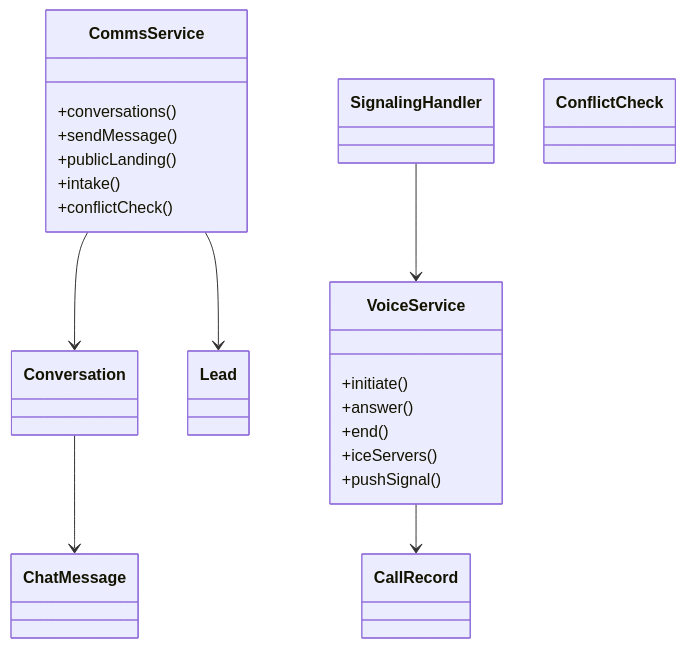
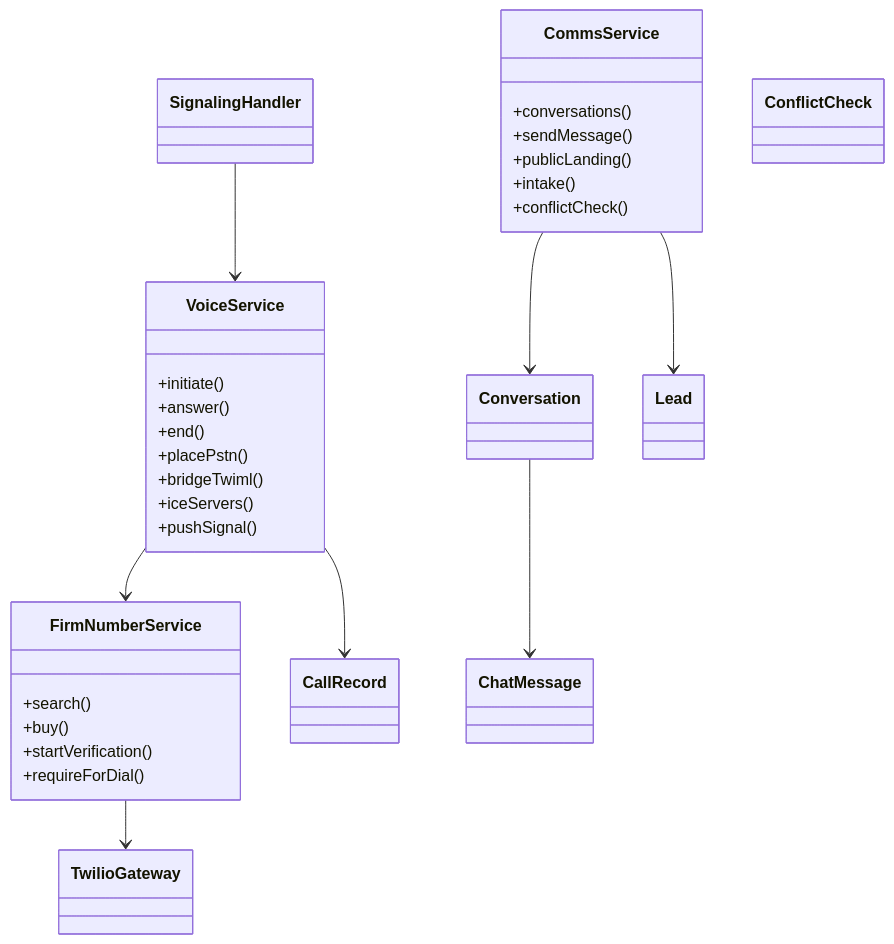
Before and after one commit to Immortal8725/LegalSuite-Pro: the fourth of 6 diagrams in docs/class-diagrams.md, drawn with Mermaid. The commit also changed 40 other files, not shown here.

First line of the commit message:
Add firm caller ID for PSTN callback calls (#4)

````diff
--- a/docs/class-diagrams.md
+++ b/docs/class-diagrams.md
@@ -99,28 +99,39 @@
 ```mermaid
 classDiagram
     class VoiceService {
         +initiate()
         +answer()
         +end()
+        +placePstn()
+        +bridgeTwiml()
         +iceServers()
         +pushSignal()
     }
+    class FirmNumberService {
+        +search()
+        +buy()
+        +startVerification()
+        +requireForDial()
+    }
+    class TwilioGateway
     class CommsService {
         +conversations()
         +sendMessage()
         +publicLanding()
         +intake()
         +conflictCheck()
     }
     class SignalingHandler
     class CallRecord
     class Conversation
     class ChatMessage
     class Lead
     class ConflictCheck
     VoiceService --> CallRecord
+    VoiceService --> FirmNumberService
+    FirmNumberService --> TwilioGateway
     SignalingHandler --> VoiceService
     CommsService --> Conversation
     CommsService --> Lead
     Conversation --> ChatMessage
 ```
````
